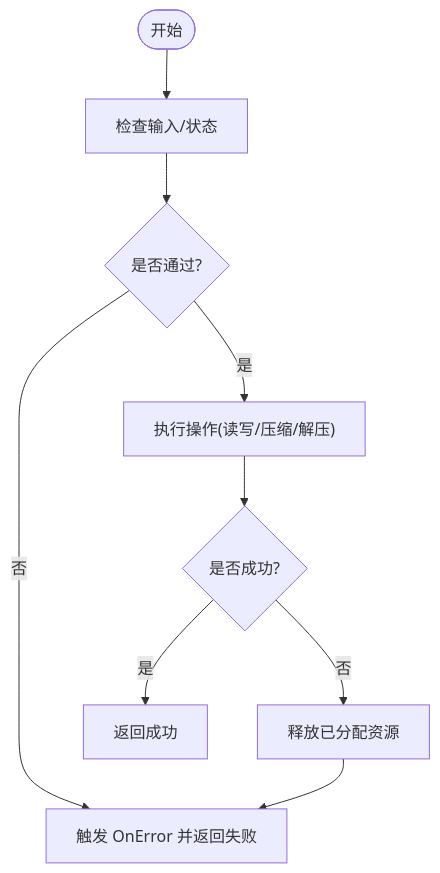
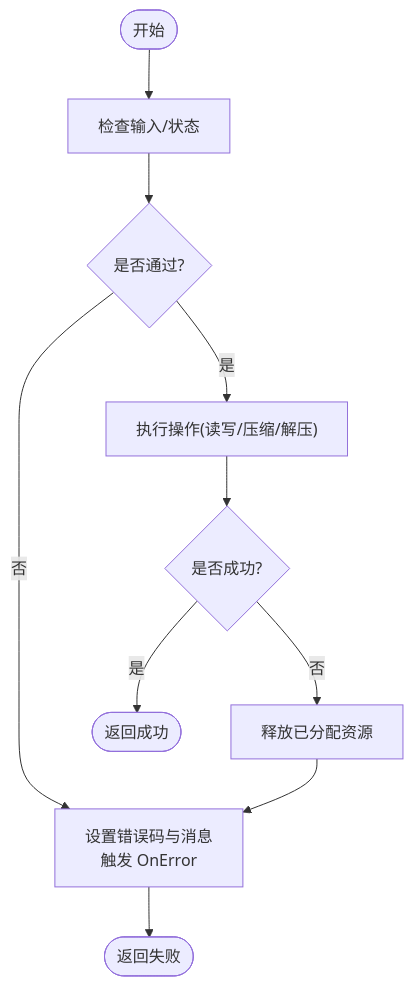
The third of 4 diagrams in .qoder/repowiki/zh/content/高级功能特性/高级功能特性.md (xywhsoft/xpack), drawn with Mermaid before and after one commit. The commit also changed other lines of this file and 18 other files, not shown here.

````diff
--- a/.qoder/repowiki/zh/content/高级功能特性/高级功能特性.md
+++ b/.qoder/repowiki/zh/content/高级功能特性/高级功能特性.md
@@ -194,10 +167,10 @@
 ```mermaid
 flowchart TD
 Start(["开始"]) --> Check["检查输入/状态"]
 Check --> Ok{"是否通过?"}
-Ok --> |否| Raise["触发 OnError 并返回失败"]
+Ok --> |否| Error["设置错误码与消息<br/>触发 OnError"] --> Fail(["返回失败"])
 Ok --> |是| Exec["执行操作(读写/压缩/解压)"]
 Exec --> Ret{"是否成功?"}
-Ret --> |否| Clean["释放已分配资源"] --> Raise
-Ret --> |是| Done["返回成功"]
+Ret --> |否| Clean["释放已分配资源"] --> Error
+Ret --> |是| Done(["返回成功"])
 ```
````
